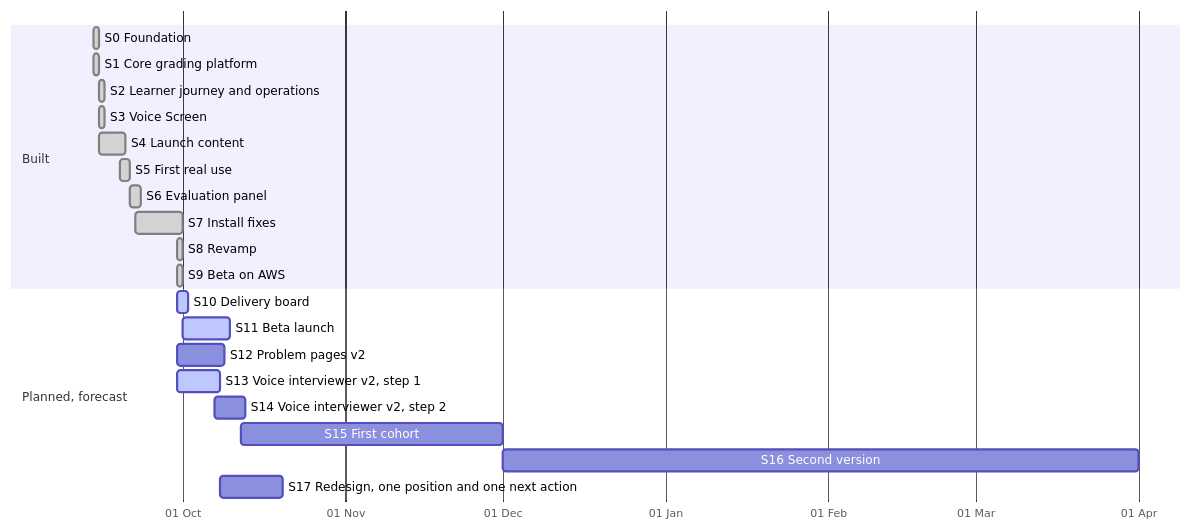
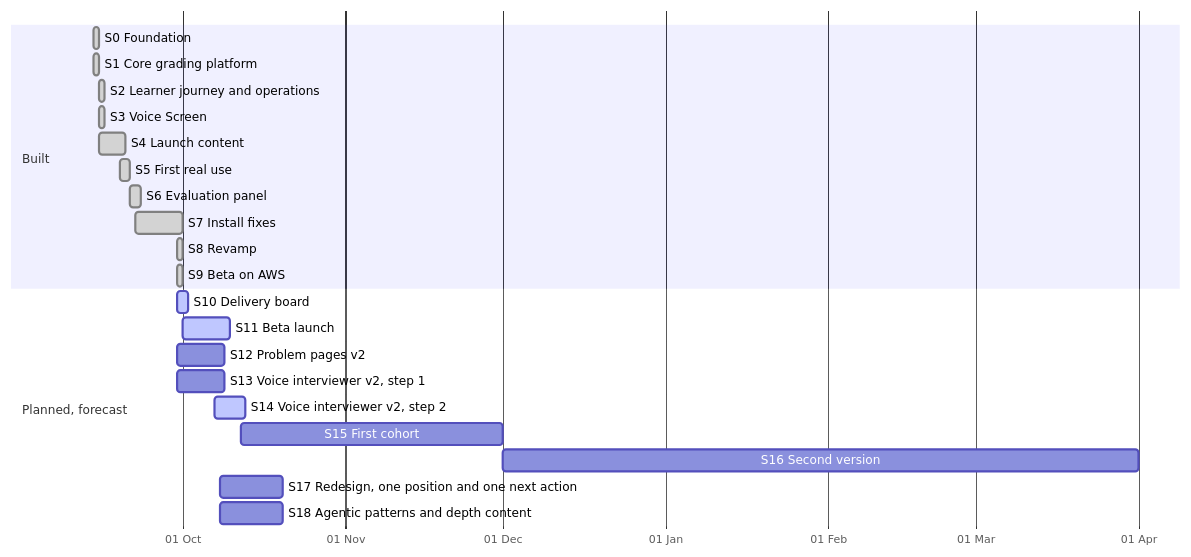
Before and after one commit to fde-academy-lab/fdeprep: the diagram in docs/project/README.md, drawn with Mermaid. The commit also changed other lines of this file and 162 other files, not shown here.

First line of the commit message:
Voice interviewer v2, ten agentic-pattern problems, the README as front page, and a judge trust-boundary fix (#46)

````diff
--- a/docs/project/README.md
+++ b/docs/project/README.md
@@ -28,25 +28,26 @@
 ```mermaid
 gantt
   dateFormat YYYY-MM-DD
   axisFormat %d %b
   section Built
   S0 Foundation :done, s0, 2026-09-14, 1d
   S1 Core grading platform :done, s1, 2026-09-14, 1d
   S2 Learner journey and operations :done, s2, 2026-09-15, 1d
   S3 Voice Screen :done, s3, 2026-09-15, 1d
   S4 Launch content :done, s4, 2026-09-15, 5d
   S5 First real use :done, s5, 2026-09-19, 2d
   S6 Evaluation panel :done, s6, 2026-09-21, 2d
   S7 Install fixes :done, s7, 2026-09-22, 9d
   S8 Revamp :done, s8, 2026-09-30, 1d
   S9 Beta on AWS :done, s9, 2026-09-30, 1d
   section Planned, forecast
   S10 Delivery board :active, s10, 2026-09-30, 2d
   S11 Beta launch :active, s11, 2026-10-01, 9d
   S12 Problem pages v2 :s12, 2026-09-30, 9d
-  S13 Voice interviewer v2, step 1 :active, s13, 2026-09-30, 8d
-  S14 Voice interviewer v2, step 2 :s14, 2026-10-07, 6d
+  S13 Voice interviewer v2, step 1 :s13, 2026-09-30, 9d
+  S14 Voice interviewer v2, step 2 :active, s14, 2026-10-07, 6d
   S15 First cohort :s15, 2026-10-12, 50d
   S16 Second version :s16, 2026-12-01, 121d
   S17 Redesign, one position and one next action :s17, 2026-10-08, 12d
+  S18 Agentic patterns and depth content :s18, 2026-10-08, 12d
 ```
````
